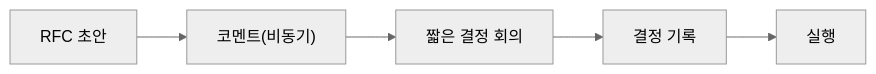
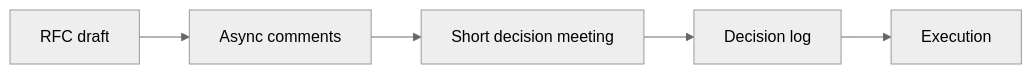
Before and after one commit to yeongseon-books/book-content: the diagram in content/software-engineering-101/ko/08-collaboration-process.md, drawn with Mermaid (neutral theme). The commit also changed other lines of this file and 9 other files, not shown here.

````diff
--- a/content/software-engineering-101/ko/08-collaboration-process.md
+++ b/content/software-engineering-101/ko/08-collaboration-process.md
@@ -36,7 +50,7 @@
 ```mermaid
 flowchart LR
-    R["RFC 초안"] --> C["코멘트(비동기)"]
-    C --> M["짧은 결정 회의"]
-    M --> D["결정 기록"]
-    D --> E["실행"]
+    R["RFC draft"] --> C["Async comments"]
+    C --> M["Short decision meeting"]
+    M --> D["Decision log"]
+    D --> E["Execution"]
 ```
````
